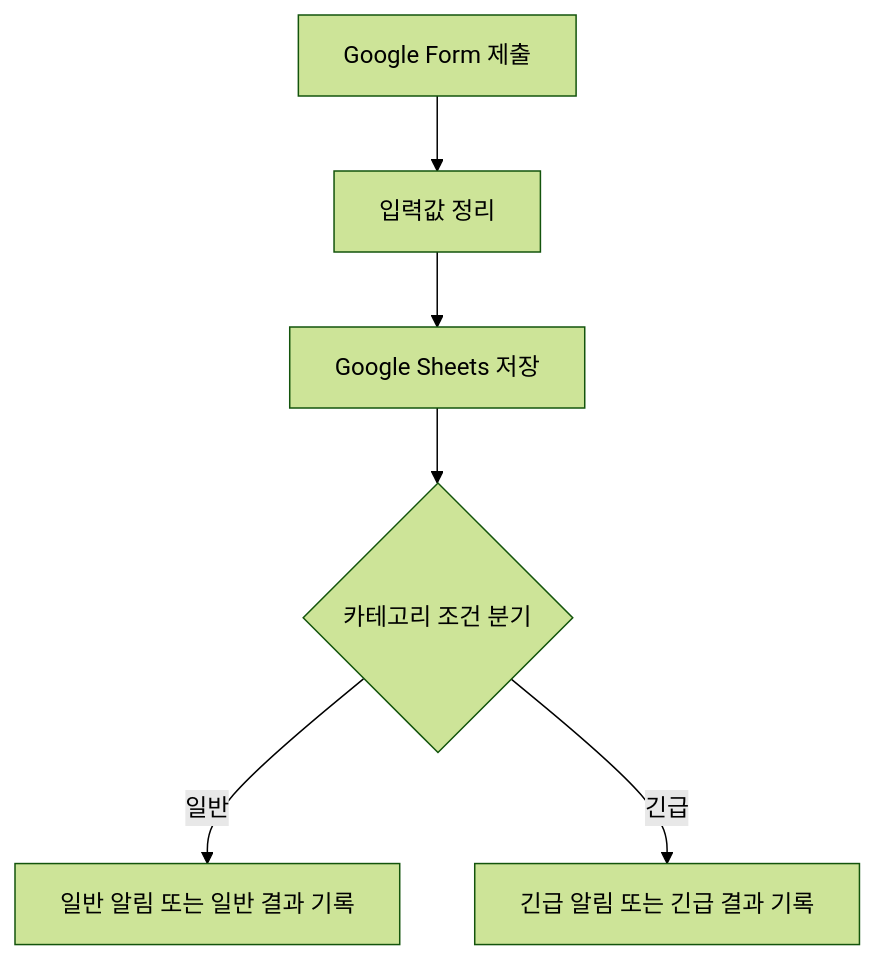
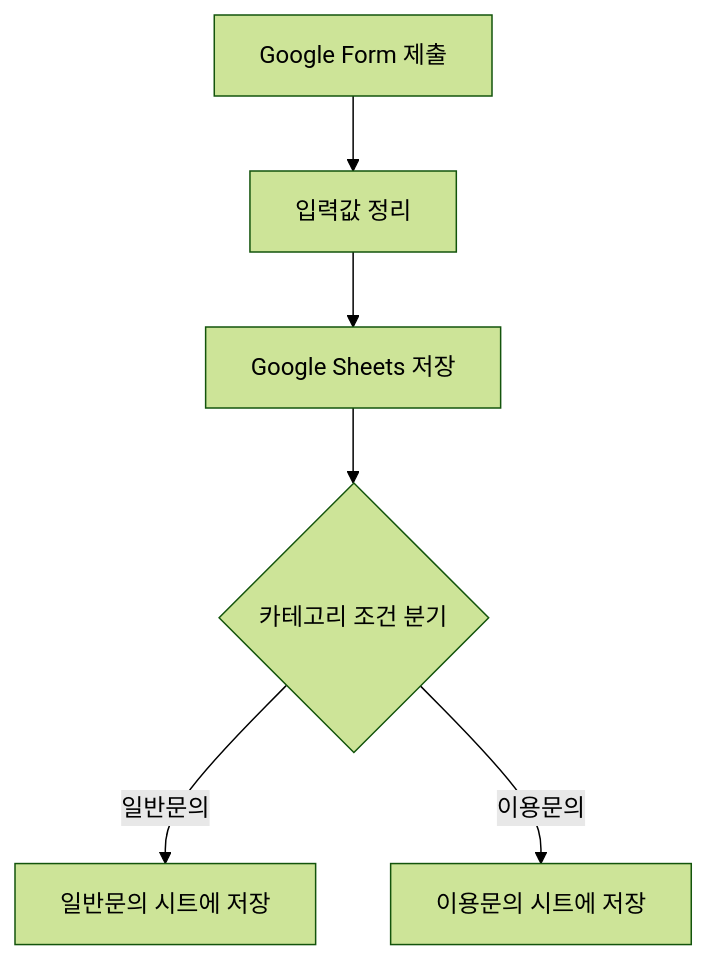
The diagram in docs/project1-automation-tool-comparison.md (Astrophotographer/codysseyb1-3), drawn with Mermaid (forest theme) before and after one commit. The commit also changed other lines of this file and 4 other files, not shown here.

````diff
--- a/docs/project1-automation-tool-comparison.md
+++ b/docs/project1-automation-tool-comparison.md
@@ -15,8 +15,8 @@
 ```mermaid
 flowchart TD
     A[Google Form 제출] --> B[입력값 정리]
     B --> C[Google Sheets 저장]
     C --> D{카테고리 조건 분기}
-    D -->|일반| E[일반 알림 또는 일반 결과 기록]
-    D -->|긴급| F[긴급 알림 또는 긴급 결과 기록]
+    D -->|일반문의| E[일반문의 시트에 저장]
+    D -->|이용문의| F[이용문의 시트에 저장]
 ```
````
